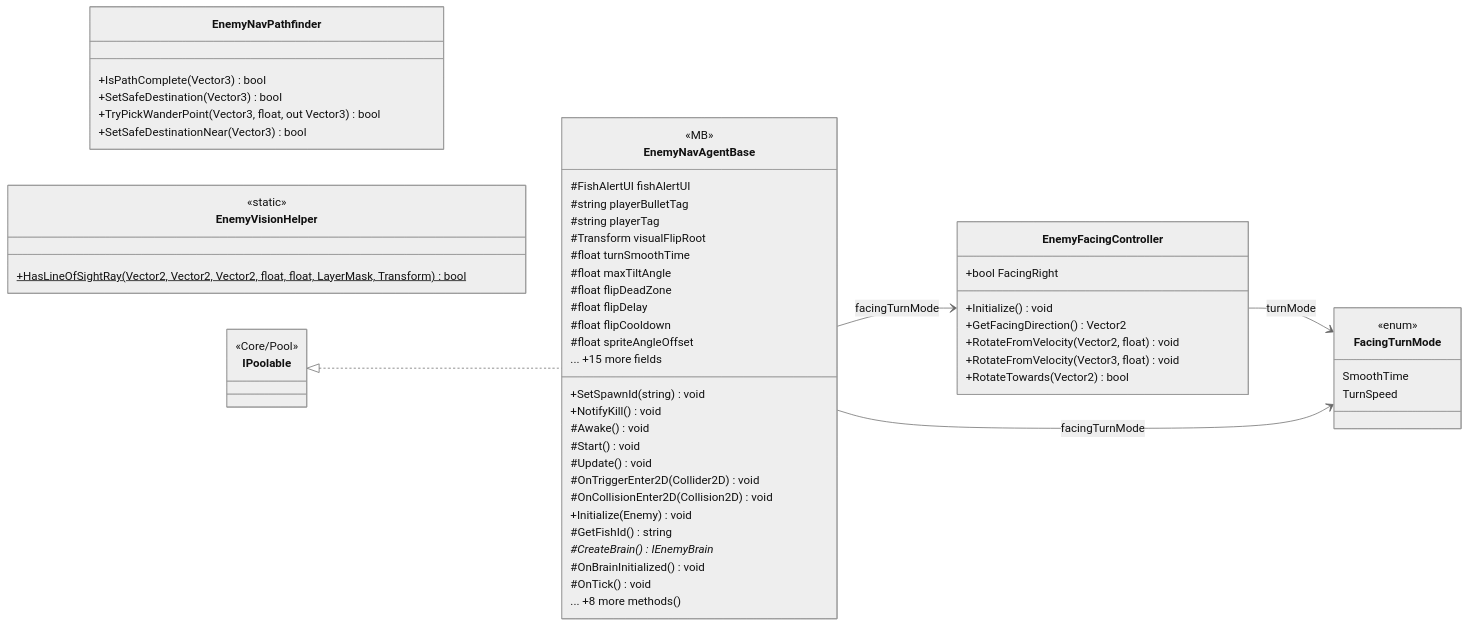
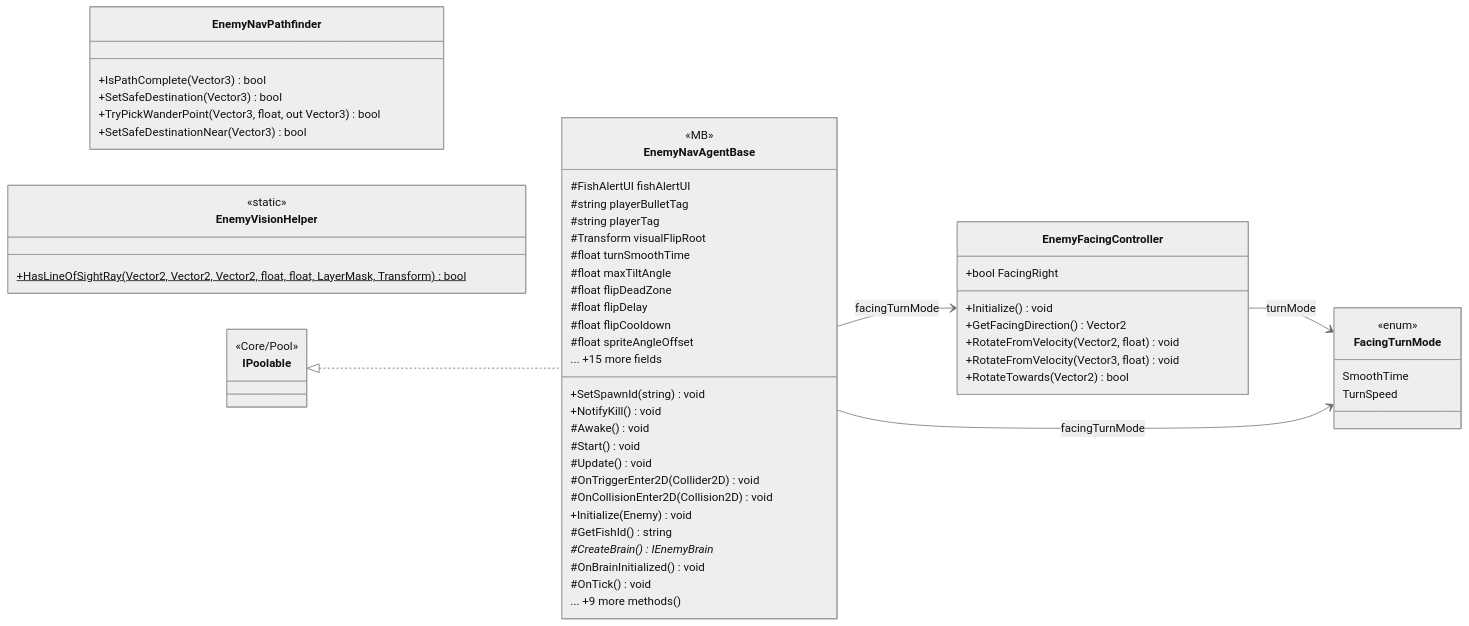
Before and after one commit to PhumipatWave/project-ocean: the diagram in docs/uml/modules/Gameplay_Entities_Enemies_NavAgents_Core.md, drawn with Mermaid (neutral theme). The commit also changed other lines of this file and 65 other files, not shown here.

````diff
--- a/docs/uml/modules/Gameplay_Entities_Enemies_NavAgents_Core.md
+++ b/docs/uml/modules/Gameplay_Entities_Enemies_NavAgents_Core.md
@@ -7,62 +7,62 @@
 ```mermaid
 classDiagram
   direction LR
   class EnemyFacingController {
     +bool FacingRight
     +Initialize() void
     +GetFacingDirection() Vector2
     +RotateFromVelocity(Vector2, float) void
     +RotateFromVelocity(Vector3, float) void
     +RotateTowards(Vector2) bool
   }
   class FacingTurnMode {
     <<enum>>
     SmoothTime
     TurnSpeed
   }
   class EnemyNavAgentBase {
     <<MB>>
     <<abstract>>
     #FishAlertUI fishAlertUI
     #string playerBulletTag
     #string playerTag
     #Transform visualFlipRoot
     #float turnSmoothTime
     #float maxTiltAngle
     #float flipDeadZone
     #float flipDelay
     #float flipCooldown
     #float spriteAngleOffset
     ... +15 more fields
     +SetSpawnId(string) void
     +NotifyKill() void
     #Awake() void
     #Start() void
     #Update() void
     #OnTriggerEnter2D(Collider2D) void
     #OnCollisionEnter2D(Collision2D) void
     +Initialize(Enemy) void
     #GetFishId() string
     #CreateBrain()* IEnemyBrain
     #OnBrainInitialized() void
     #OnTick() void
-    ... +8 more methods()
+    ... +9 more methods()
   }
   class EnemyNavPathfinder {
     +IsPathComplete(Vector3) bool
     +SetSafeDestination(Vector3) bool
     +TryPickWanderPoint(Vector3, float, out Vector3) bool
     +SetSafeDestinationNear(Vector3) bool
   }
   class EnemyVisionHelper {
     <<static>>
     +HasLineOfSightRay(Vector2, Vector2, Vector2, float, float, LayerMask, Transform)$ bool
   }
   class IPoolable {
     <<Core/Pool>>
   }
   EnemyFacingController --> FacingTurnMode : turnMode
   EnemyNavAgentBase --> EnemyFacingController : facingTurnMode
   EnemyNavAgentBase --> FacingTurnMode : facingTurnMode
   IPoolable <|.. EnemyNavAgentBase
 ```
````
